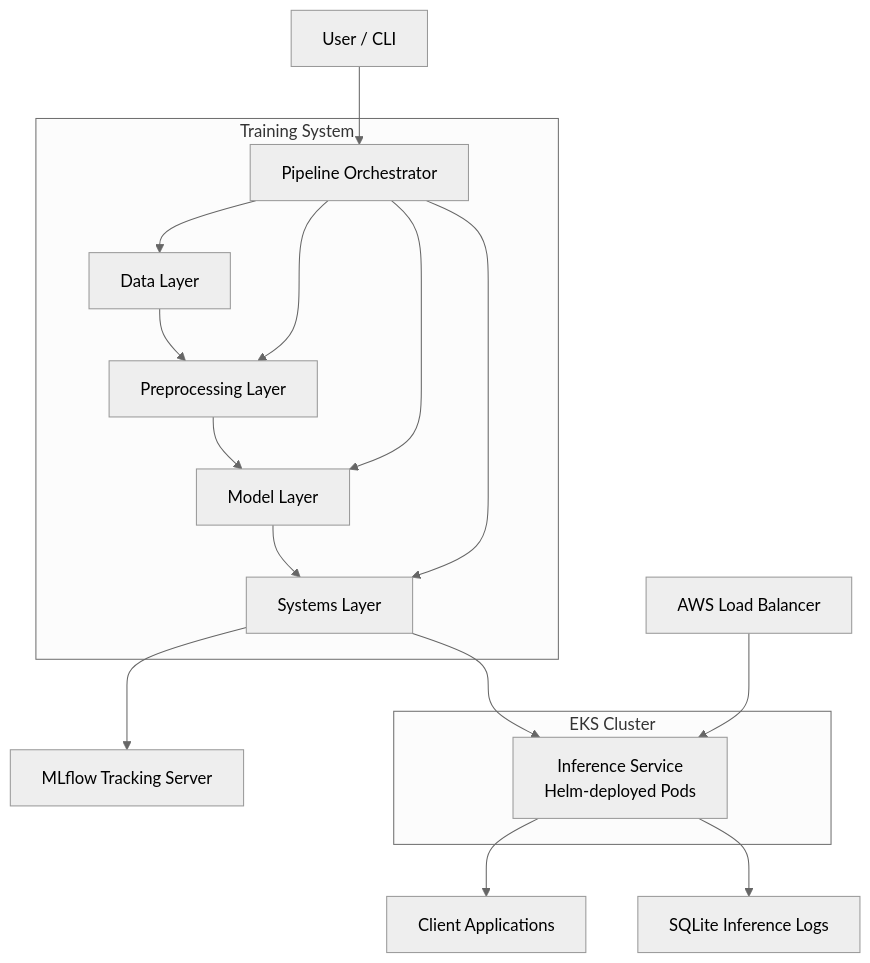
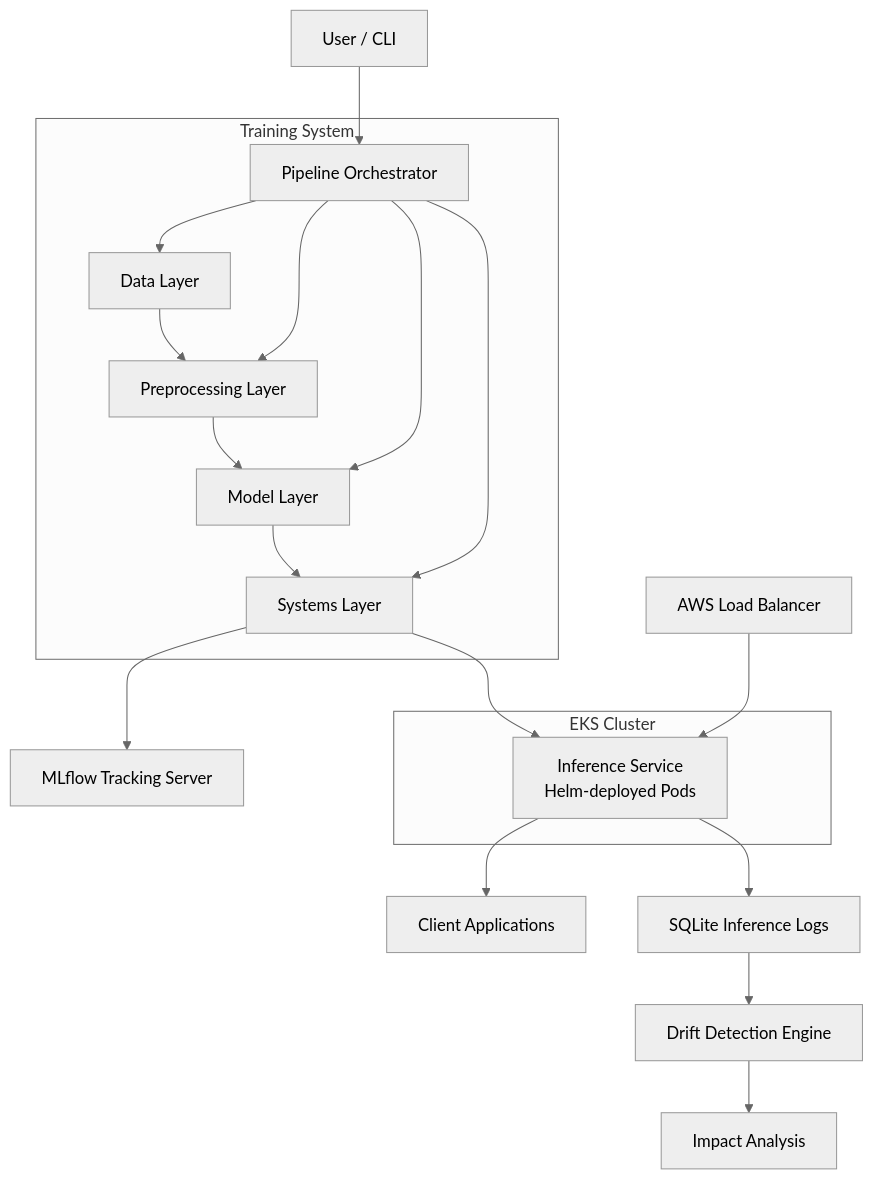
One commit to sharjeel6392/asie changed the first of 6 diagrams in README.md. Above: the diagram before and after it, drawn with Mermaid. The commit also changed other lines of this file, not shown here.

Commit message:
added drift detection system with impact analysis, confidence degradation, and shadow model evaluation

````diff
--- a/README.md
+++ b/README.md
@@ -33,32 +35,34 @@
 ```mermaid
 %%{init: {'theme': 'neutral'}}%%
 flowchart TD
     User_CLI[User / CLI] --> Orchestrator[Pipeline Orchestrator]
     Orchestrator --> DataLayer[Data Layer]
     Orchestrator --> PreprocessingLayer[Preprocessing Layer]
     Orchestrator --> ModelLayer[Model Layer]
     Orchestrator --> SystemsLayer[Systems Layer]
  
     DataLayer --> PreprocessingLayer
     PreprocessingLayer --> ModelLayer
     ModelLayer --> SystemsLayer
     SystemsLayer --> MLflow[MLflow Tracking Server]
  
     subgraph Training System
         Orchestrator
         DataLayer
         PreprocessingLayer
         ModelLayer
         SystemsLayer
     end
  
     SystemsLayer --> ServingSystem
  
     subgraph EKS [EKS Cluster]
         ServingSystem[Inference Service<br/>Helm-deployed Pods]
     end
  
     ELB[AWS Load Balancer] --> ServingSystem
     ServingSystem --> Client[Client Applications]
     ServingSystem --> SQLiteLogs[SQLite Inference Logs]
+    SQLiteLogs --> DriftEngine[Drift Detection Engine]
+    DriftEngine --> ImpactAnalysis[Impact Analysis]
 ```
````
